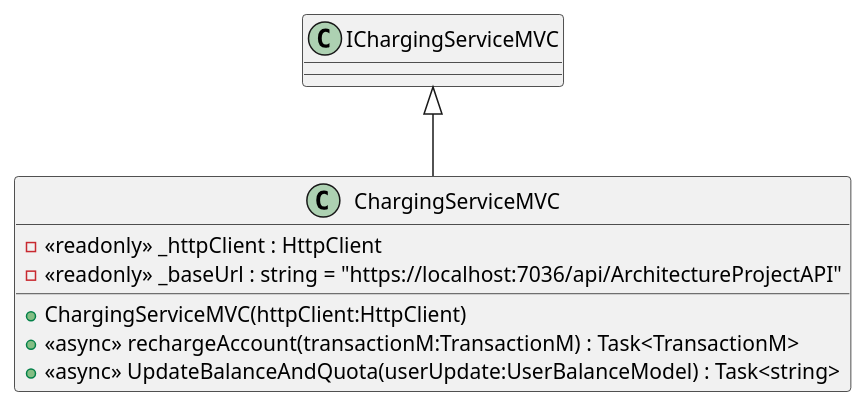
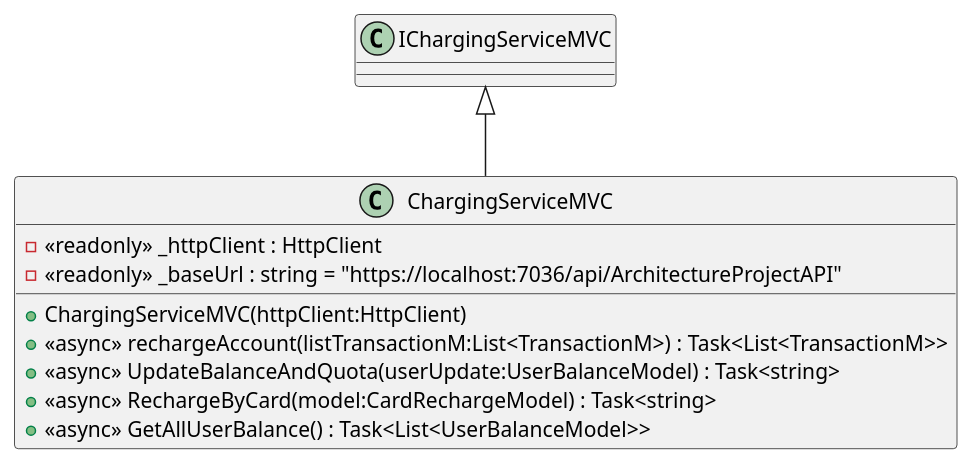
One commit to Poluux/ArchitectureProject changed the diagram in generatedPuml/MVC_ArchitectureProject/Services/ChargingServiceMVC.puml. Above: the diagram before and after it, drawn with PlantUML. The commit also changed 32 other files, not shown here.

```diff
--- a/generatedPuml/MVC_ArchitectureProject/Services/ChargingServiceMVC.puml
+++ b/generatedPuml/MVC_ArchitectureProject/Services/ChargingServiceMVC.puml
@@ -1,10 +1,12 @@
 @startuml
 class ChargingServiceMVC {
     - <<readonly>> _httpClient : HttpClient
     - <<readonly>> _baseUrl : string = "https://localhost:7036/api/ArchitectureProjectAPI"
     + ChargingServiceMVC(httpClient:HttpClient)
-    + <<async>> rechargeAccount(transactionM:TransactionM) : Task<TransactionM>
+    + <<async>> rechargeAccount(listTransactionM:List<TransactionM>) : Task<List<TransactionM>>
     + <<async>> UpdateBalanceAndQuota(userUpdate:UserBalanceModel) : Task<string>
+    + <<async>> RechargeByCard(model:CardRechargeModel) : Task<string>
+    + <<async>> GetAllUserBalance() : Task<List<UserBalanceModel>>
 }
 IChargingServiceMVC <|-- ChargingServiceMVC
 @enduml
```
